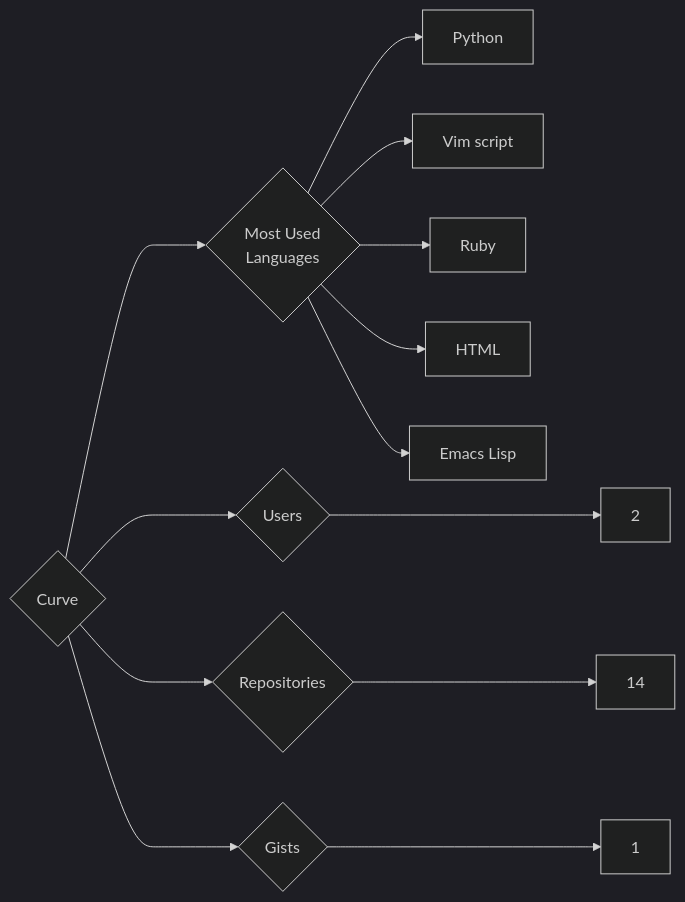
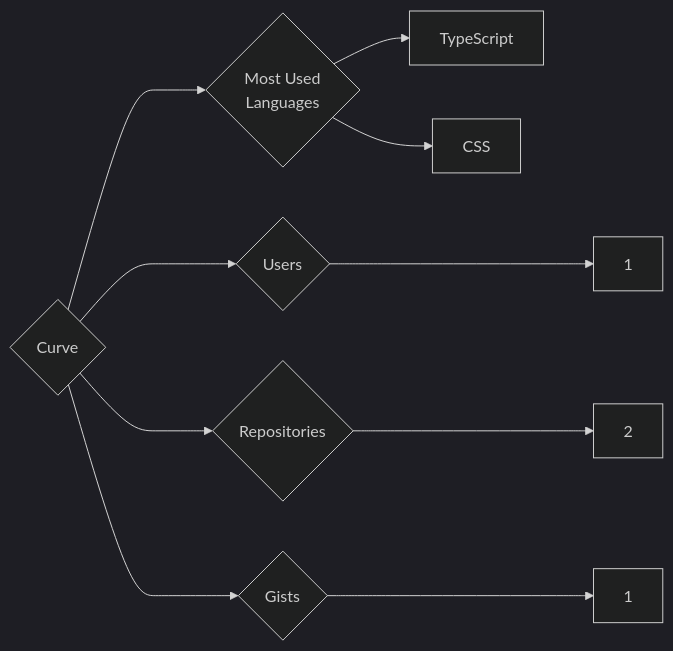
Before and after one commit to trickest/insiders: the diagram in targets/Curve/README.md, drawn with Mermaid (dark theme). The commit also changed 873 other files, not shown here.

````diff
--- a/targets/Curve/README.md
+++ b/targets/Curve/README.md
@@ -3,13 +3,10 @@
 ```mermaid
 graph LR
 COMPANY_NAME{Curve}
-COMPANY_NAME ---> U{Users} ---> UN[2]
-COMPANY_NAME ---> R{Repositories} ---> RN[14]
+COMPANY_NAME ---> U{Users} ---> UN[1]
+COMPANY_NAME ---> R{Repositories} ---> RN[2]
 COMPANY_NAME ---> G{Gists} ---> GN[1]
 COMPANY_NAME ---> ML{Most Used<br>Languages}
-ML --> Python[Python]
-ML --> Vim_script[Vim script]
-ML --> Ruby[Ruby]
-ML --> HTML[HTML]
-ML --> Emacs_Lisp[Emacs Lisp]
+ML --> TypeScript[TypeScript]
+ML --> CSS[CSS]
 ```
````
